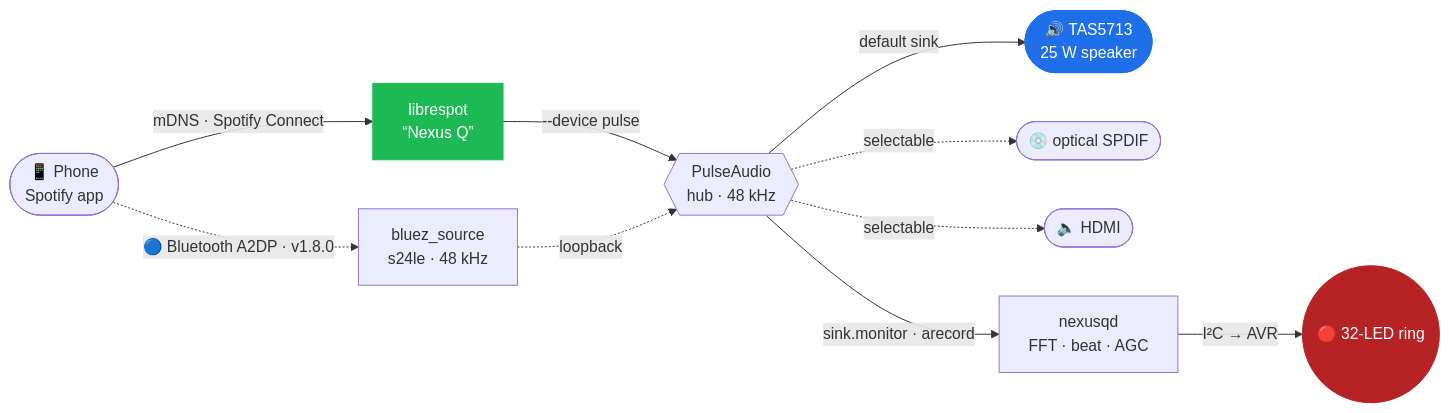
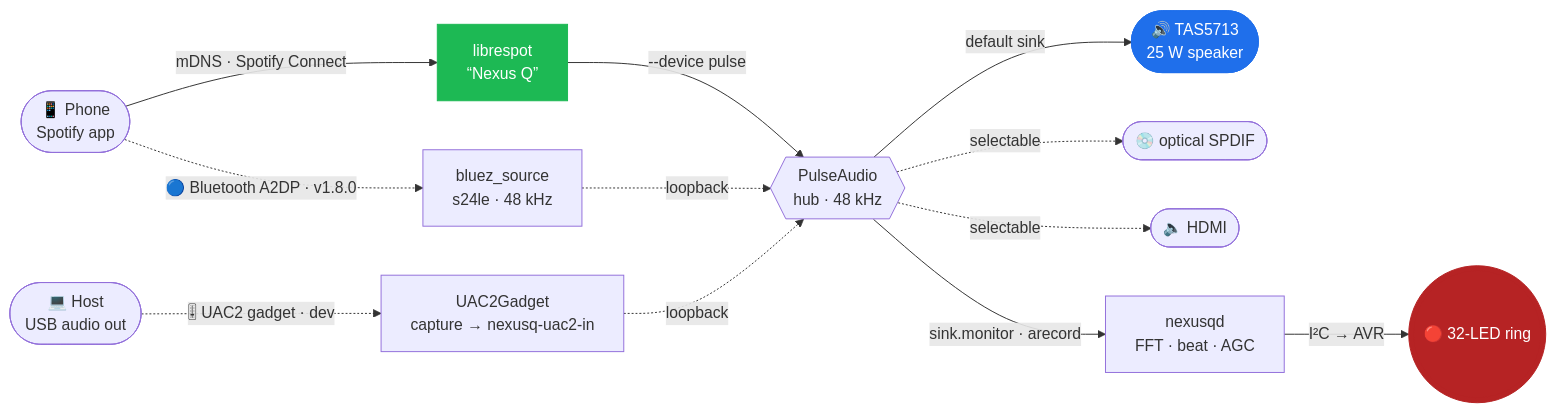
Before and after one commit to petronijus/nexusQ-reloaded: the diagram in README.md, drawn with Mermaid. The commit also changed other lines of this file and 9 other files, not shown here.

First line of the commit message:
docs: USB Audio input + reconcile stale records

````diff
--- a/README.md
+++ b/README.md
@@ -79,16 +81,18 @@
 ```mermaid
 flowchart LR
     P([📱 Phone<br/>Spotify app]) -->|mDNS · Spotify Connect| L[librespot<br/>“Nexus Q”]
     P -.->|🔵 Bluetooth A2DP · v1.8.0| B[bluez_source<br/>s24le · 48 kHz]
+    U([💻 Host<br/>USB audio out]) -.->|🎚 UAC2 gadget · dev| UC[UAC2Gadget<br/>capture → nexusq-uac2-in]
     L -->|--device pulse| PA{{PulseAudio<br/>hub · 48 kHz}}
     B -.->|loopback| PA
+    UC -.->|loopback| PA
     PA -->|default sink| S([🔊 TAS5713<br/>25 W speaker])
     PA -.->|selectable| SP([💿 optical SPDIF])
     PA -.->|selectable| HD([🔈 HDMI])
     PA -->|sink.monitor · arecord| N[nexusqd<br/>FFT · beat · AGC]
     N -->|I²C → AVR| R(((🔴 32-LED ring)))
 
     style S fill:#1f6feb,stroke:#1f6feb,color:#fff
     style R fill:#b62324,stroke:#b62324,color:#fff
     style L fill:#1db954,stroke:#1db954,color:#fff
 ```
````
